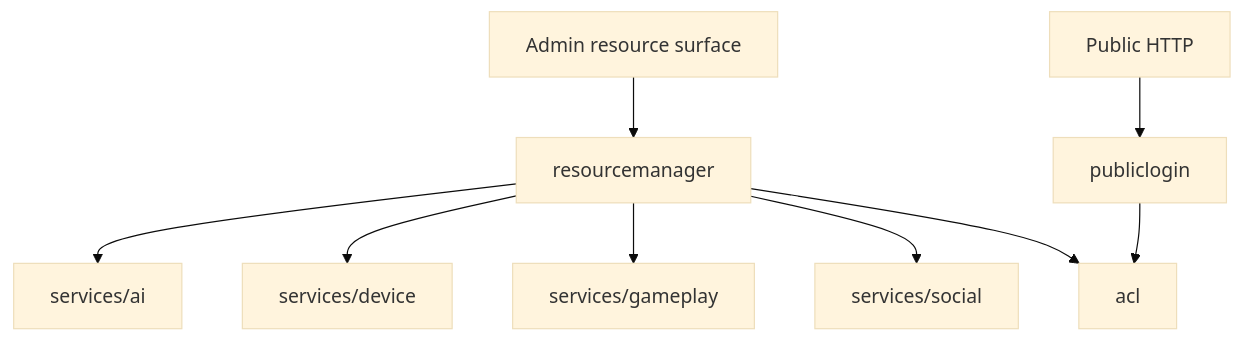
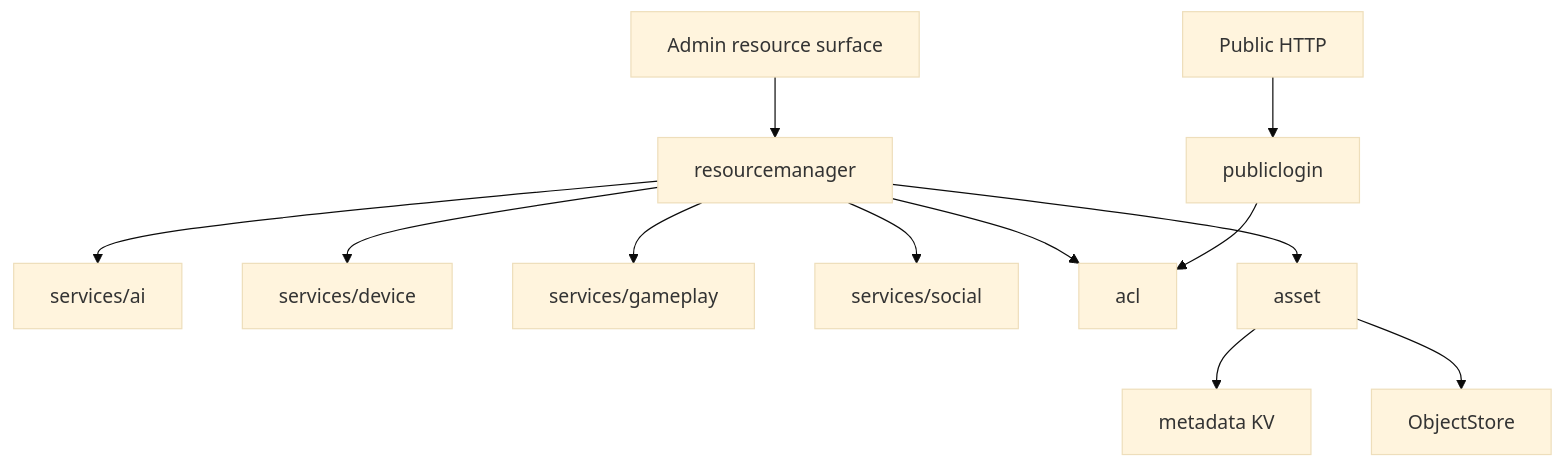
Before and after one commit to GizClaw/gizclaw: the diagram in guides/zh/developing/gizclaw/services/system.md, drawn with Mermaid (base theme). The commit also changed other lines of this file and 72 other files, not shown here.

````diff
--- a/guides/zh/developing/gizclaw/services/system.md
+++ b/guides/zh/developing/gizclaw/services/system.md
@@ -36,11 +47,14 @@
 ```mermaid
 flowchart TB
     Admin["Admin resource surface"] --> ResourceManager["resourcemanager"]
     ResourceManager --> AI["services/ai"]
     ResourceManager --> Device["services/device"]
     ResourceManager --> Gameplay["services/gameplay"]
     ResourceManager --> Social["services/social"]
     ResourceManager --> ACL["acl"]
+    ResourceManager --> Asset["asset"]
+    Asset --> KV["metadata KV"]
+    Asset --> Objects["ObjectStore"]
     Public["Public HTTP"] --> Login["publiclogin"]
     Login --> ACL
 ```
````
